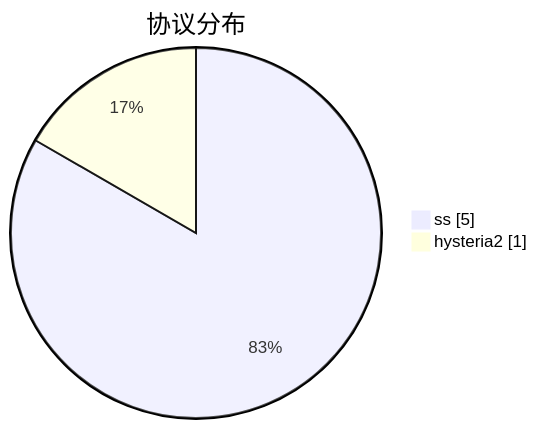
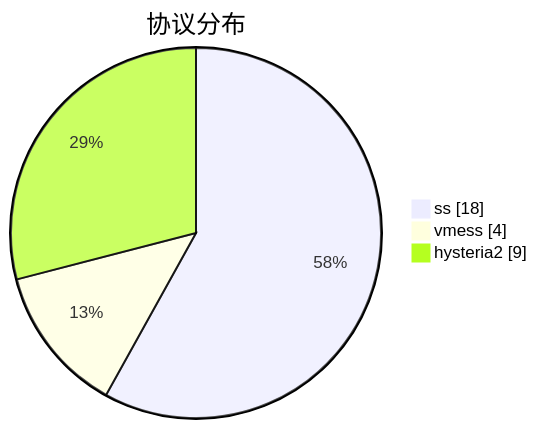
One commit to sinspired/airport changed the third of 3 diagrams in subs/statistics/tested_within.md. Above: the diagram before and after it, drawn with Mermaid. The commit also changed other lines of this file and 2 other files, not shown here.

````diff
--- a/subs/statistics/tested_within.md
+++ b/subs/statistics/tested_within.md
@@ -14,6 +23,7 @@
 ```mermaid
 pie showData
 title 协议分布
-"ss" : 5
-"hysteria2" : 1
+"ss" : 18
+"vmess" : 4
+"hysteria2" : 9
 ```
````
